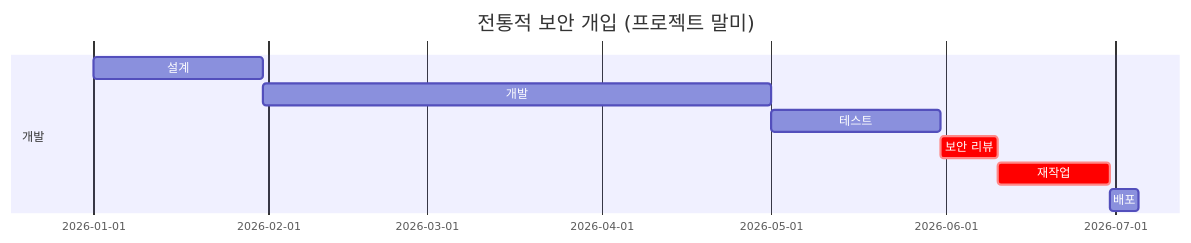
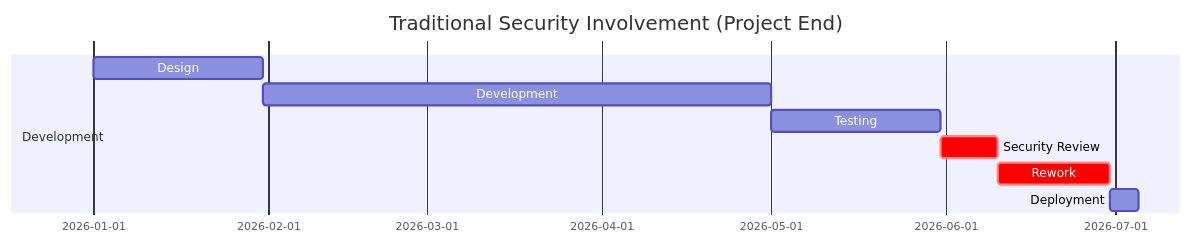
The third of 5 diagrams in docs/aidlc/enterprise/role-composition.md (devfloor9/engineering-playbook), drawn with Mermaid before and after one commit. The commit also changed other lines of this file and 954 other files, not shown here.

````diff
--- a/docs/aidlc/enterprise/role-composition.md
+++ b/docs/aidlc/enterprise/role-composition.md
@@ -276,12 +276,12 @@
 ```mermaid
 gantt
-    title 전통적 보안 개입 (프로젝트 말미)
+    title Traditional Security Involvement (Project End)
     dateFormat YYYY-MM-DD
-    section 개발
-    설계            :2026-01-01, 30d
-    개발            :2026-01-31, 90d
-    테스트          :2026-05-01, 30d
-    보안 리뷰       :crit, 2026-05-31, 10d
-    재작업          :crit, 2026-06-10, 20d
-    배포            :2026-06-30, 5d
+    section Development
+    Design            :2026-01-01, 30d
+    Development       :2026-01-31, 90d
+    Testing           :2026-05-01, 30d
+    Security Review   :crit, 2026-05-31, 10d
+    Rework            :crit, 2026-06-10, 20d
+    Deployment        :2026-06-30, 5d
 ```
````
